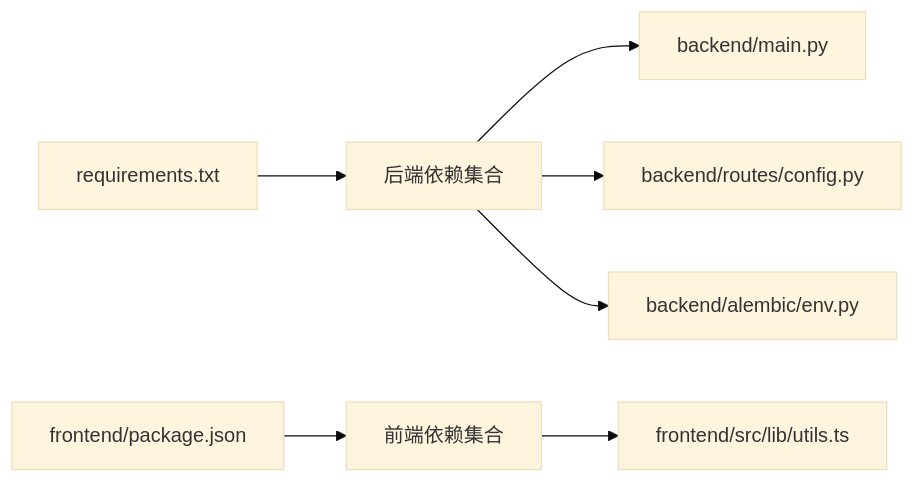
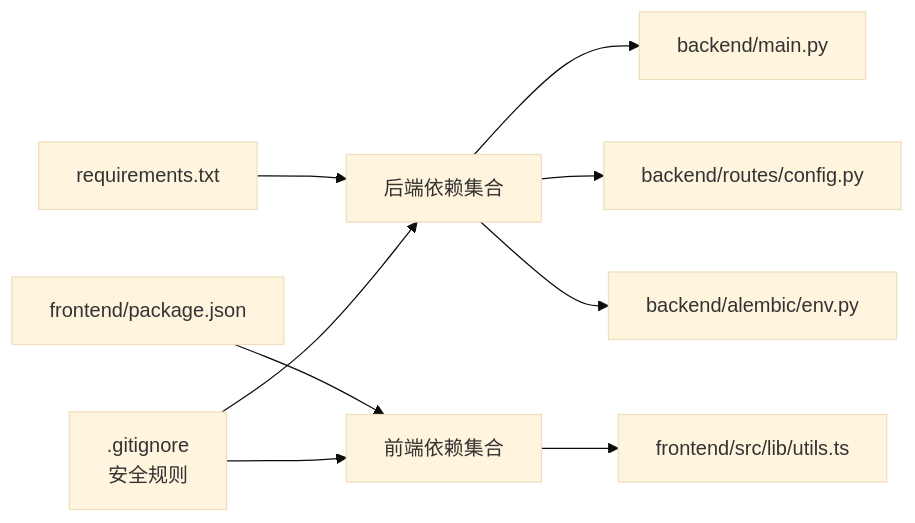
Before and after one commit to WyRainBow/Resume-Agent: the eighth of 8 diagrams in .qoder/repowiki/zh/content/开发指南/开发指南.md, drawn with Mermaid (base theme). The commit also changed other lines of this file and 1 other file, not shown here.

````diff
--- a/.qoder/repowiki/zh/content/开发指南/开发指南.md
+++ b/.qoder/repowiki/zh/content/开发指南/开发指南.md
@@ -332,9 +356,11 @@
 ```mermaid
 graph LR
 Req["requirements.txt"] --> BE["后端依赖集合"]
 FE_PKG["frontend/package.json"] --> FE["前端依赖集合"]
 BE --> Main["backend/main.py"]
 BE --> Routes["backend/routes/config.py"]
 BE --> Alembic["backend/alembic/env.py"]
 FE --> Utils["frontend/src/lib/utils.ts"]
+GITIGNORE[".gitignore<br/>安全规则"] --> BE
+GITIGNORE --> FE
 ```
````
